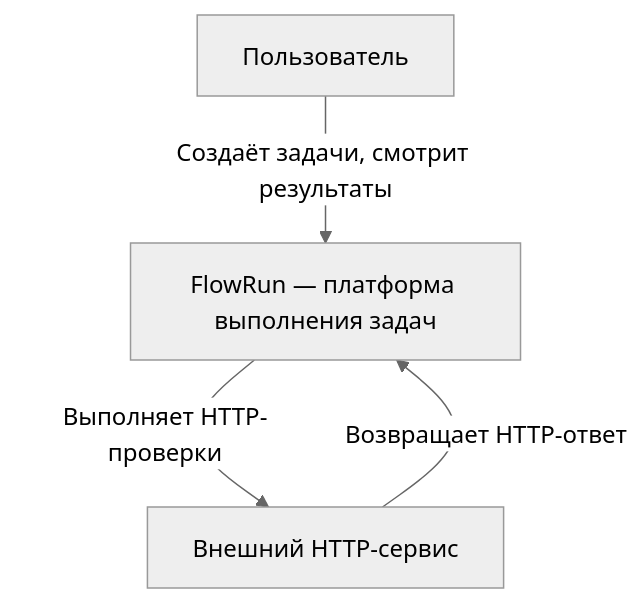
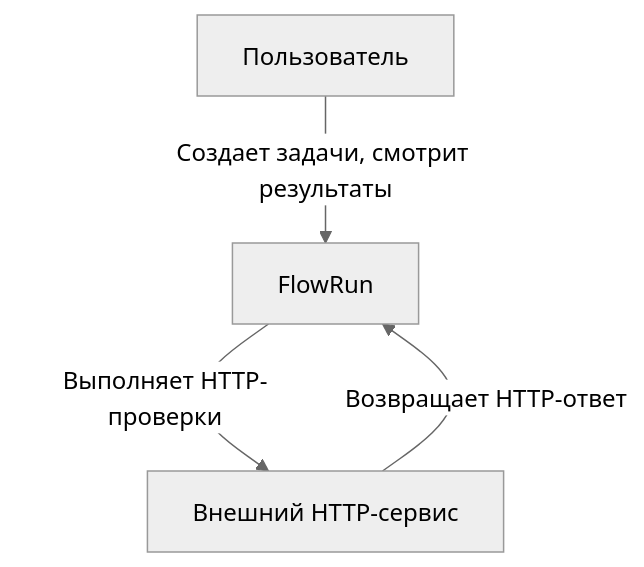
One commit to stwm27/freeflow changed the diagram in docs/c1.md. Above: the diagram before and after it, drawn with Mermaid (neutral theme).

Commit message:
Fix typos in flowchart labels in c1.md

````diff
--- a/docs/c1.md
+++ b/docs/c1.md
@@ -7,10 +7,10 @@
 ```mermaid
 flowchart TD
     User["Пользователь"]
-    FlowRun["FlowRun — платформа выполнения задач"]
+    FlowRun["FlowRun"]
     Target["Внешний HTTP-сервис"]
 
-    User -->|"Создаёт задачи, смотрит результаты"| FlowRun
+    User -->|"Создает задачи, смотрит результаты"| FlowRun
     FlowRun -->|"Выполняет HTTP-проверки"| Target
     Target -->|"Возвращает HTTP-ответ"| FlowRun
 ```
````
